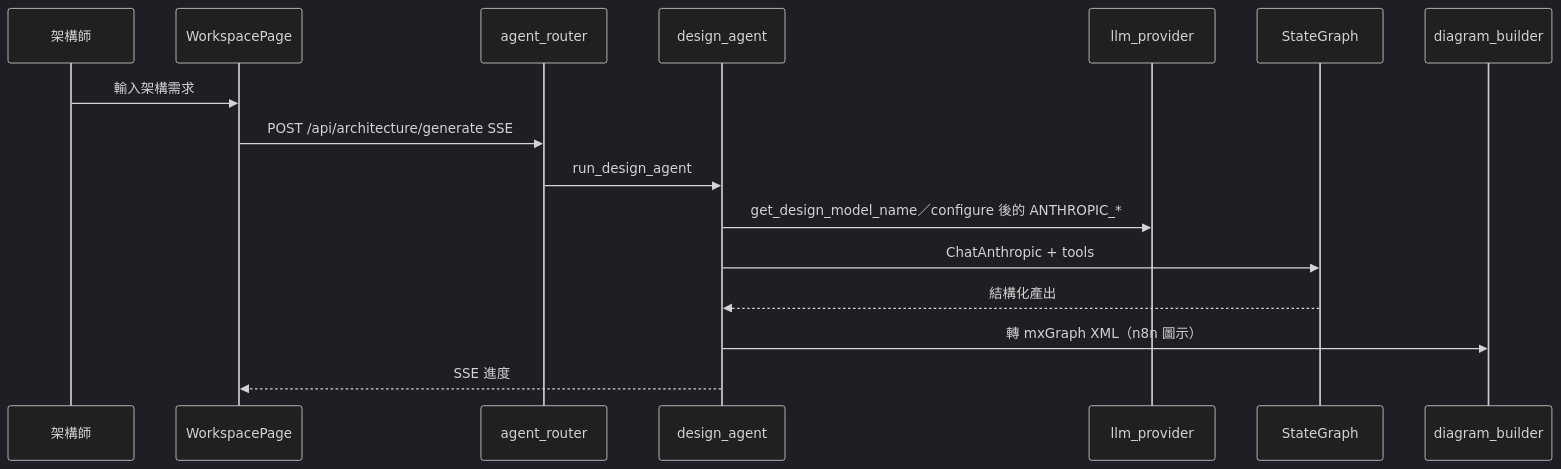
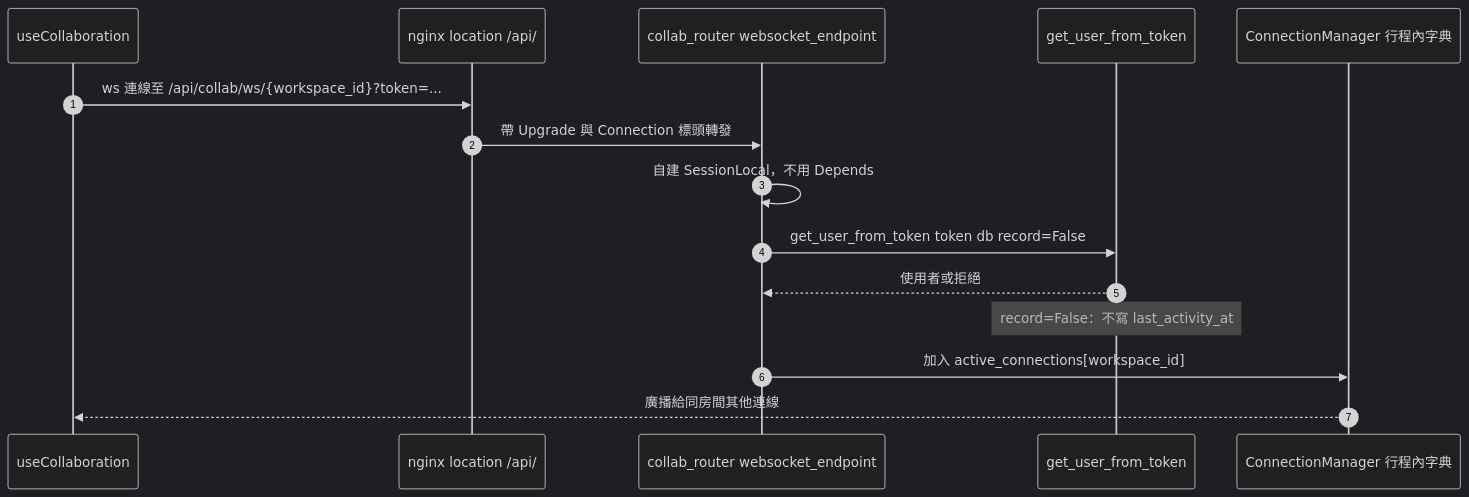
Before and after one commit to opendiamonds/cloud-360: the fifth of 5 diagrams in aidlc/spaces/default/codekb/cloud/architecture.md, drawn with Mermaid (dark theme). The commit also changed other lines of this file and 12 other files, not shown here.

````diff
--- a/aidlc/spaces/default/codekb/cloud/architecture.md
+++ b/aidlc/spaces/default/codekb/cloud/architecture.md
@@ -154,19 +252,18 @@
 ```mermaid
 sequenceDiagram
-  participant U as 架構師
-  participant FE as WorkspacePage
-  participant AR as agent_router
-  participant DA as design_agent
-  participant LP as llm_provider
-  participant LG as StateGraph
-  participant DB2 as diagram_builder
+    autonumber
+    participant FE as useCollaboration
+    participant NX as nginx location /api/
+    participant WS as collab_router websocket_endpoint
+    participant AUTH as get_user_from_token
+    participant CM as ConnectionManager 行程內字典
 
-  U->>FE: 輸入架構需求
-  FE->>AR: POST /api/architecture/generate SSE
-  AR->>DA: run_design_agent
-  DA->>LP: get_design_model_name／configure 後的 ANTHROPIC_*
-  DA->>LG: ChatAnthropic + tools
-  LG-->>DA: 結構化產出
-  DA->>DB2: 轉 mxGraph XML（n8n 圖示）
-  DA-->>FE: SSE 進度
+    FE->>NX: ws 連線至 /api/collab/ws/{workspace_id}?token=...
+    NX->>WS: 帶 Upgrade 與 Connection 標頭轉發
+    WS->>WS: 自建 SessionLocal，不用 Depends
+    WS->>AUTH: get_user_from_token token db record=False
+    AUTH-->>WS: 使用者或拒絕
+    Note over AUTH: record=False：不寫 last_activity_at
+    WS->>CM: 加入 active_connections[workspace_id]
+    CM-->>FE: 廣播給同房間其他連線
 ```
````
